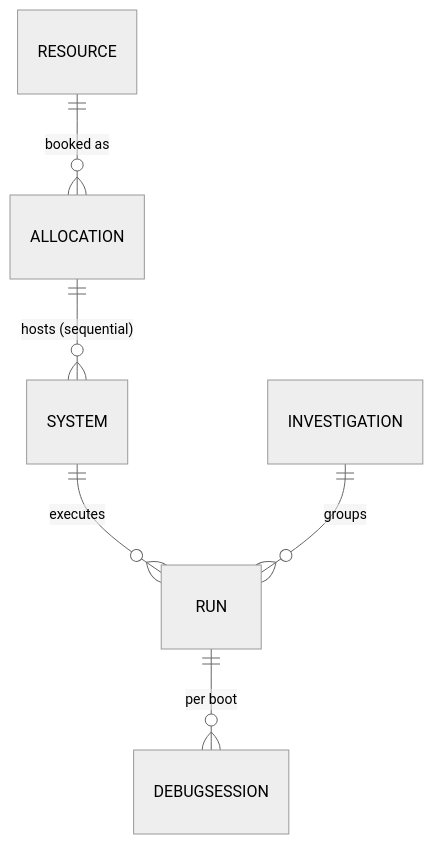
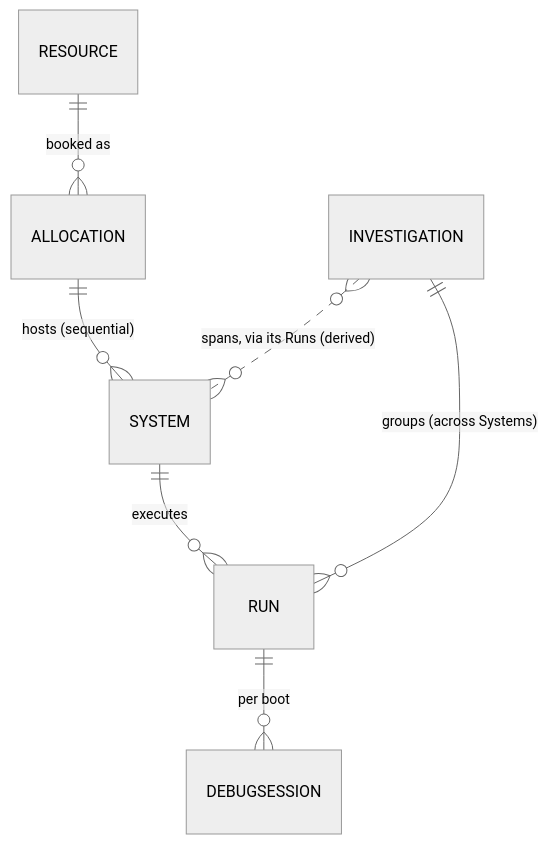
The second of 2 diagrams in docs/specs/m0-walking-skeleton.md (randomparity/kdive-v2), drawn with Mermaid (neutral theme) before and after one commit. The commit also changed other lines of this file, not shown here.

First line of the commit message:
docs(spec): clarify Investigation as cross-cutting root in ER diagram

````diff
--- a/docs/specs/m0-walking-skeleton.md
+++ b/docs/specs/m0-walking-skeleton.md
@@ -150,8 +150,9 @@
 ```mermaid
 erDiagram
     RESOURCE      ||--o{ ALLOCATION : "booked as"
     ALLOCATION    ||--o{ SYSTEM : "hosts (sequential)"
-    SYSTEM        ||--o{ RUN : executes
-    INVESTIGATION ||--o{ RUN : groups
+    SYSTEM        ||--o{ RUN : "executes"
+    INVESTIGATION ||--o{ RUN : "groups (across Systems)"
+    INVESTIGATION }o..o{ SYSTEM : "spans, via its Runs (derived)"
     RUN           ||--o{ DEBUGSESSION : "per boot"
 ```
````
